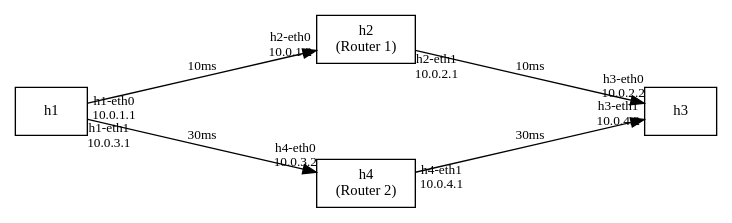
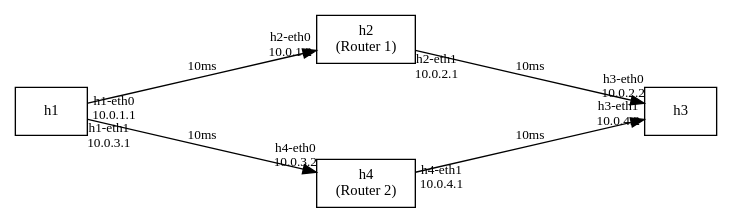
Before and after one commit to Gezy777/mininet: the diagram in mptcp_topo.dot, drawn with Graphviz. The commit also changed 5 other files, not shown here.

```diff
--- a/mptcp_topo.dot
+++ b/mptcp_topo.dot
@@ -1,42 +1,42 @@
 digraph Topology {
     rankdir=LR;
     splines=true;
     nodesep=1;
     ranksep=2;
 
     node [shape=box, fontsize=11];
     edge [fontsize=10];
 
     h1 [label="h1"];
     h2 [label="h2\n(Router 1)"];
     h4 [label="h4\n(Router 2)"];
     h3 [label="h3"];
 
     h1 -> h2 [
         label="10ms",
         taillabel="h1-eth0\n10.0.1.1",
         headlabel="h2-eth0\n10.0.1.2",
         labeldistance=2
     ];
 
     h2 -> h3 [
         label="10ms",
         taillabel="h2-eth1\n10.0.2.1",
         headlabel="h3-eth0\n10.0.2.2",
         labeldistance=2
     ];
 
     h1 -> h4 [
-        label="30ms",
+        label="10ms",
         taillabel="h1-eth1\n10.0.3.1",
         headlabel="h4-eth0\n10.0.3.2",
         labeldistance=2
     ];
 
     h4 -> h3 [
-        label="30ms",
+        label="10ms",
         taillabel="h4-eth1\n10.0.4.1",
         headlabel="h3-eth1\n10.0.4.2",
         labeldistance=2
     ];
 }
```
